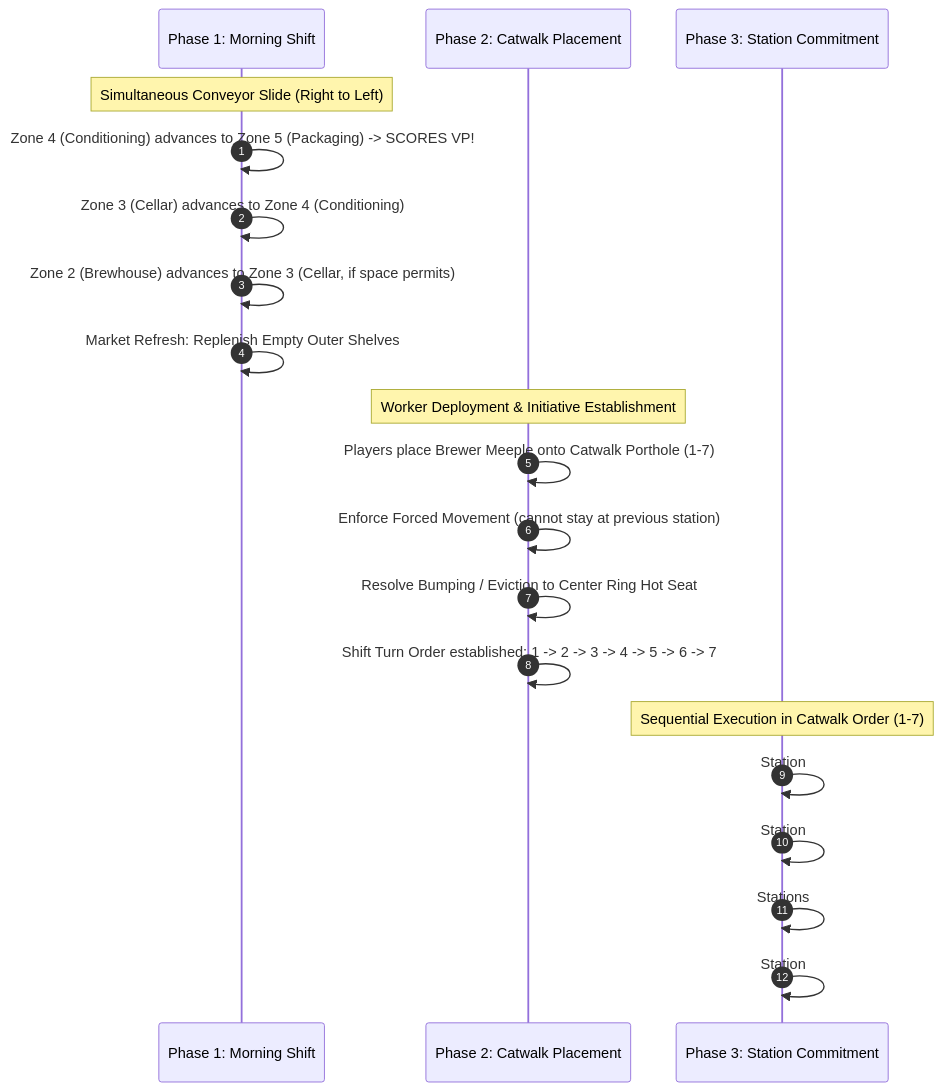
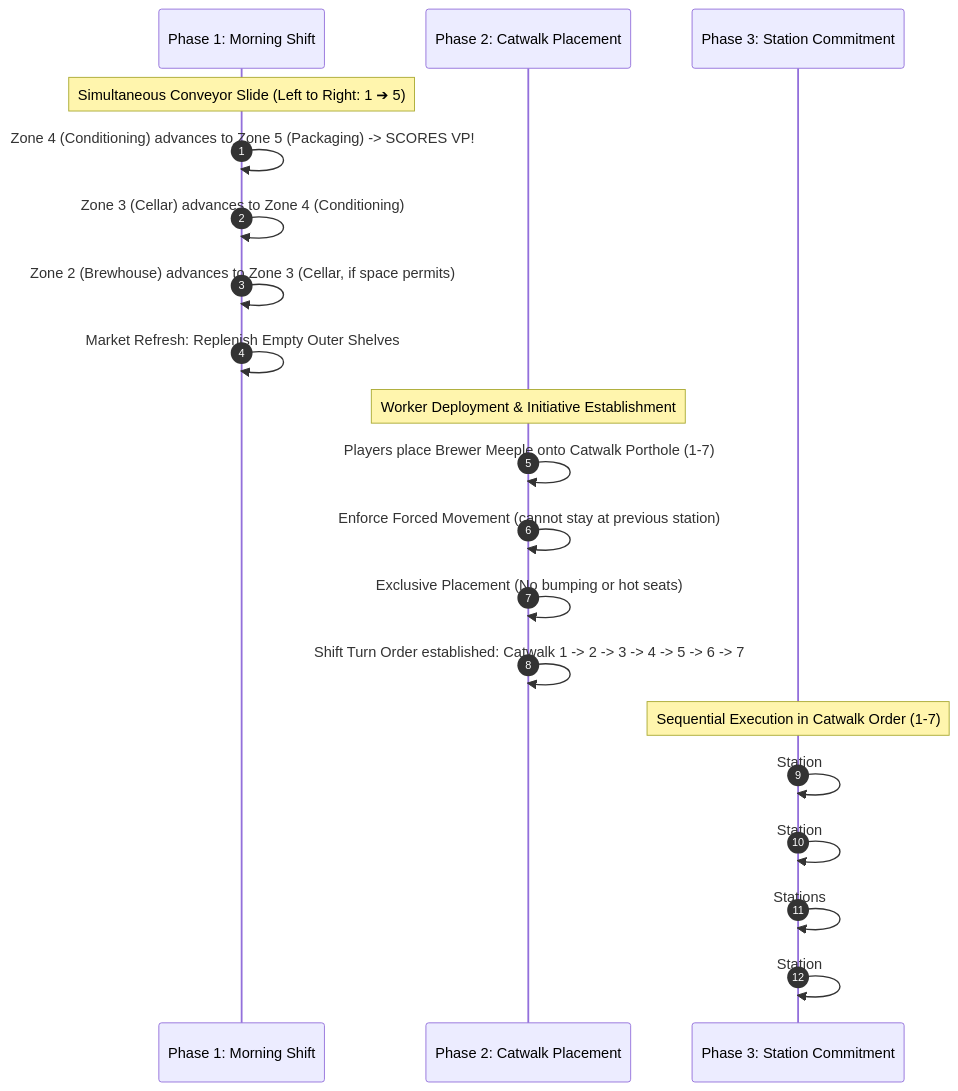
The second of 2 diagrams in RULEBOOK.md (Knotinabox/Beer-Game), drawn with Mermaid before and after one commit. The commit also changed other lines of this file and 2 other files, not shown here.

````diff
--- a/RULEBOOK.md
+++ b/RULEBOOK.md
@@ -171,25 +171,25 @@
 ```mermaid
 sequenceDiagram
     autonumber
     participant Pipeline as Phase 1: Morning Shift
     participant Catwalk as Phase 2: Catwalk Placement
     participant Commitment as Phase 3: Station Commitment
 
-    Note over Pipeline: Simultaneous Conveyor Slide (Right to Left)
+    Note over Pipeline: Simultaneous Conveyor Slide (Left to Right: 1 ➔ 5)
     Pipeline->>Pipeline: Zone 4 (Conditioning) advances to Zone 5 (Packaging) -> SCORES VP!
     Pipeline->>Pipeline: Zone 3 (Cellar) advances to Zone 4 (Conditioning)
     Pipeline->>Pipeline: Zone 2 (Brewhouse) advances to Zone 3 (Cellar, if space permits)
     Pipeline->>Pipeline: Market Refresh: Replenish Empty Outer Shelves #1-6
 
     Note over Catwalk: Worker Deployment & Initiative Establishment
     Catwalk->>Catwalk: Players place Brewer Meeple onto Catwalk Porthole (1-7)
     Catwalk->>Catwalk: Enforce Forced Movement (cannot stay at previous station)
-    Catwalk->>Catwalk: Resolve Bumping / Eviction to Center Ring Hot Seat
-    Catwalk->>Catwalk: Shift Turn Order established: 1 -> 2 -> 3 -> 4 -> 5 -> 6 -> 7
+    Catwalk->>Catwalk: Exclusive Placement (No bumping or hot seats)
+    Catwalk->>Catwalk: Shift Turn Order established: Catwalk 1 -> 2 -> 3 -> 4 -> 5 -> 6 -> 7
 
     Note over Commitment: Sequential Execution in Catwalk Order (1-7)
     Commitment->>Commitment: Station #1 Acts -> Choose IN (Tokens) or OUT (Hardware)
     Commitment->>Commitment: Station #2 Acts -> Choose IN (Tokens) or OUT (Staff)
     Commitment->>Commitment: Stations #3-6 Act -> Choose IN (Tokens) or OUT (Brew Recipe)
     Commitment->>Commitment: Station #7 Acts -> Choose Wild Pantry Token
 ```
````
